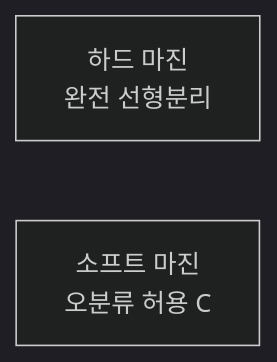
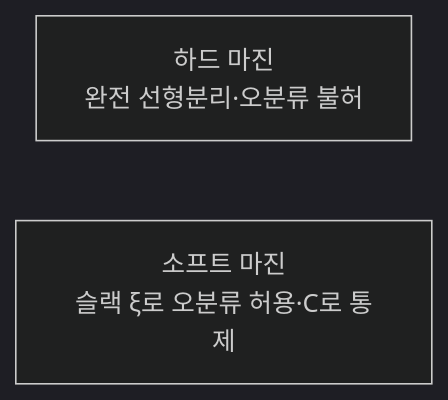
One commit to coninggu/wjdqhrhksflrltnftk changed the diagram in content/svm-margin.md. Above: the diagram before and after it, drawn with Mermaid (dark theme). The commit also changed other lines of this file and 16 other files, not shown here.

````diff
--- a/content/svm-margin.md
+++ b/content/svm-margin.md
@@ -18,5 +24,5 @@
 ```mermaid
 flowchart LR
-  H[하드 마진<br/>완전 선형분리] 
-  S[소프트 마진<br/>오분류 허용 C]
+  H[하드 마진<br/>완전 선형분리·오분류 불허]
+  S[소프트 마진<br/>슬랙 ξ로 오분류 허용·C로 통제]
 ```
````
